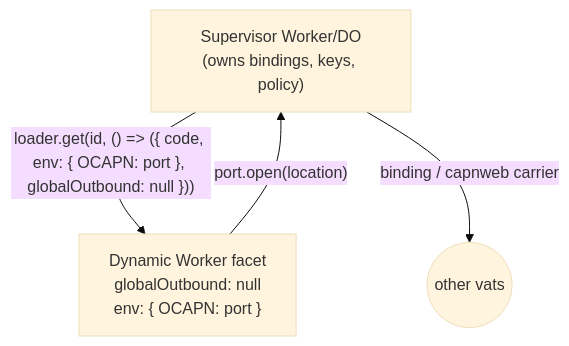
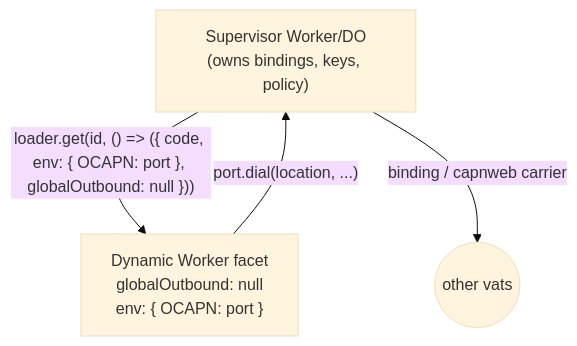
The third of 3 diagrams in designs/ocapn-cloudflare-netlayer.md (endojs/endo-but-for-bots), drawn with Mermaid (base theme) before and after one commit. The commit also changed other lines of this file, not shown here.

````diff
--- a/designs/ocapn-cloudflare-netlayer.md
+++ b/designs/ocapn-cloudflare-netlayer.md
@@ -241,8 +309,8 @@
 ```mermaid
 flowchart TB
     sup["Supervisor Worker/DO<br/>(owns bindings, keys, policy)"]
     facet["Dynamic Worker facet<br/>globalOutbound: null<br/>env: { OCAPN: port }"]
     sup -- "loader.get(id, () => ({ code, env: { OCAPN: port }, globalOutbound: null }))" --> facet
-    facet -- "port.open(location)" --> sup
+    facet -- "port.dial(location, ...)" --> sup
     sup -- "binding / capnweb carrier" --> net((other vats))
 ```
````
